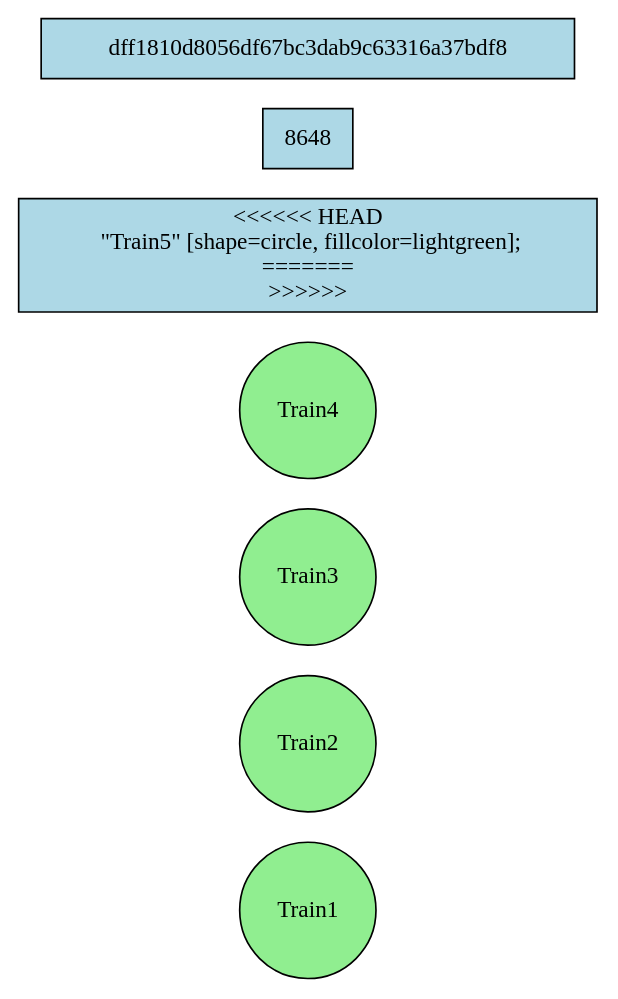
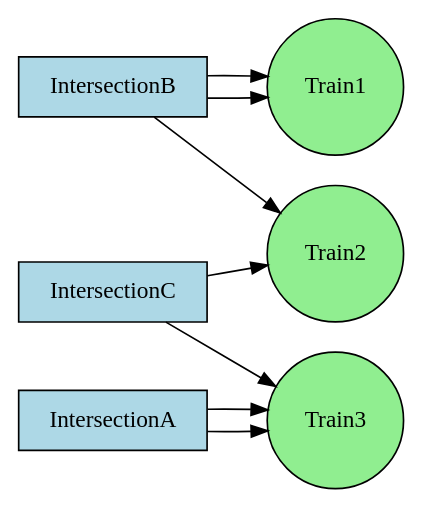
The diagram in rag.dot (Epsilon157/Group-D), drawn with Graphviz before and after one commit. The commit also changed 3 other files, not shown here.

```diff
--- a/rag.dot
+++ b/rag.dot
@@ -1,12 +1,14 @@
 digraph RAG {
   rankdir=LR;
   node [shape=rectangle, style=filled, fillcolor=lightblue];
   "Train1" [shape=circle, fillcolor=lightgreen];
+  "IntersectionB" -> "Train1";
+  "IntersectionB" -> "Train1";
   "Train2" [shape=circle, fillcolor=lightgreen];
+  "IntersectionB" -> "Train2";
+  "IntersectionC" -> "Train2";
   "Train3" [shape=circle, fillcolor=lightgreen];
-  "Train4" [shape=circle, fillcolor=lightgreen];
-<<<<<<< HEAD
-  "Train5" [shape=circle, fillcolor=lightgreen];
-=======
->>>>>>> 8648dff1810d8056df67bc3dab9c63316a37bdf8
+  "IntersectionC" -> "Train3";
+  "IntersectionA" -> "Train3";
+  "IntersectionA" -> "Train3";
 }
```
